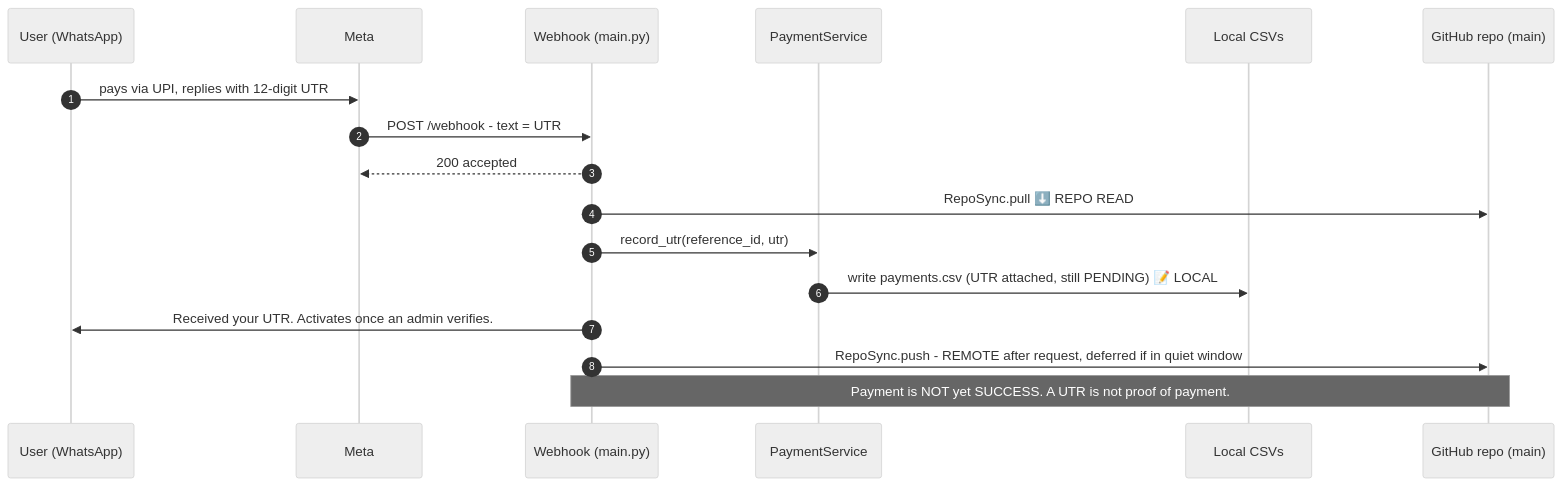
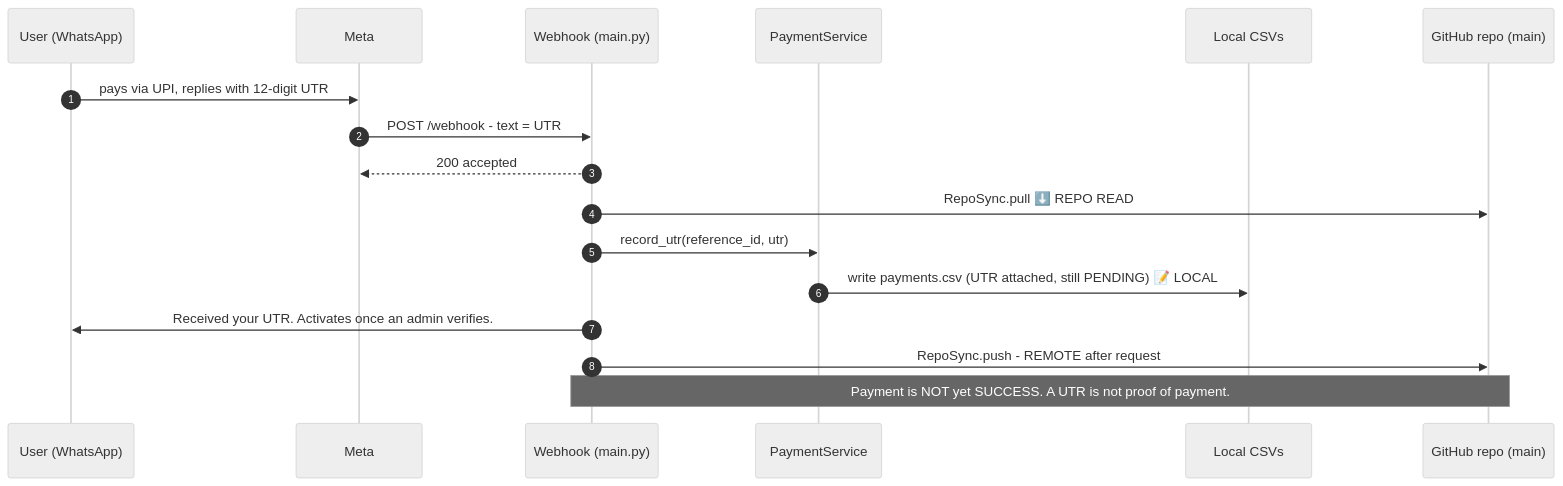
One commit to mishnit/daily-darshan changed the fourth of 6 diagrams in sequence-diagrams.md. Above: the diagram before and after it, drawn with Mermaid (neutral theme). The commit also changed other lines of this file and 9 other files, not shown here.

````diff
--- a/sequence-diagrams.md
+++ b/sequence-diagrams.md
@@ -198,20 +199,20 @@
 ```mermaid
 sequenceDiagram
     autonumber
     participant User as User (WhatsApp)
     participant Meta
     participant Web as Webhook (main.py)
     participant Pay as PaymentService
     participant Local as Local CSVs
     participant Repo as GitHub repo (main)
 
     User->>Meta: pays via UPI, replies with 12-digit UTR
     Meta->>Web: POST /webhook - text = UTR
     Web-->>Meta: 200 accepted
     Web->>Repo: RepoSync.pull  ⬇️ REPO READ
     Web->>Pay: record_utr(reference_id, utr)
     Pay->>Local: write payments.csv (UTR attached, still PENDING)  📝 LOCAL
     Web->>User: Received your UTR. Activates once an admin verifies.
-    Web->>Repo: RepoSync.push - REMOTE after request, deferred if in quiet window
+    Web->>Repo: RepoSync.push - REMOTE after request
     Note over Web,Repo: Payment is NOT yet SUCCESS. A UTR is not proof of payment.
 ```
````
